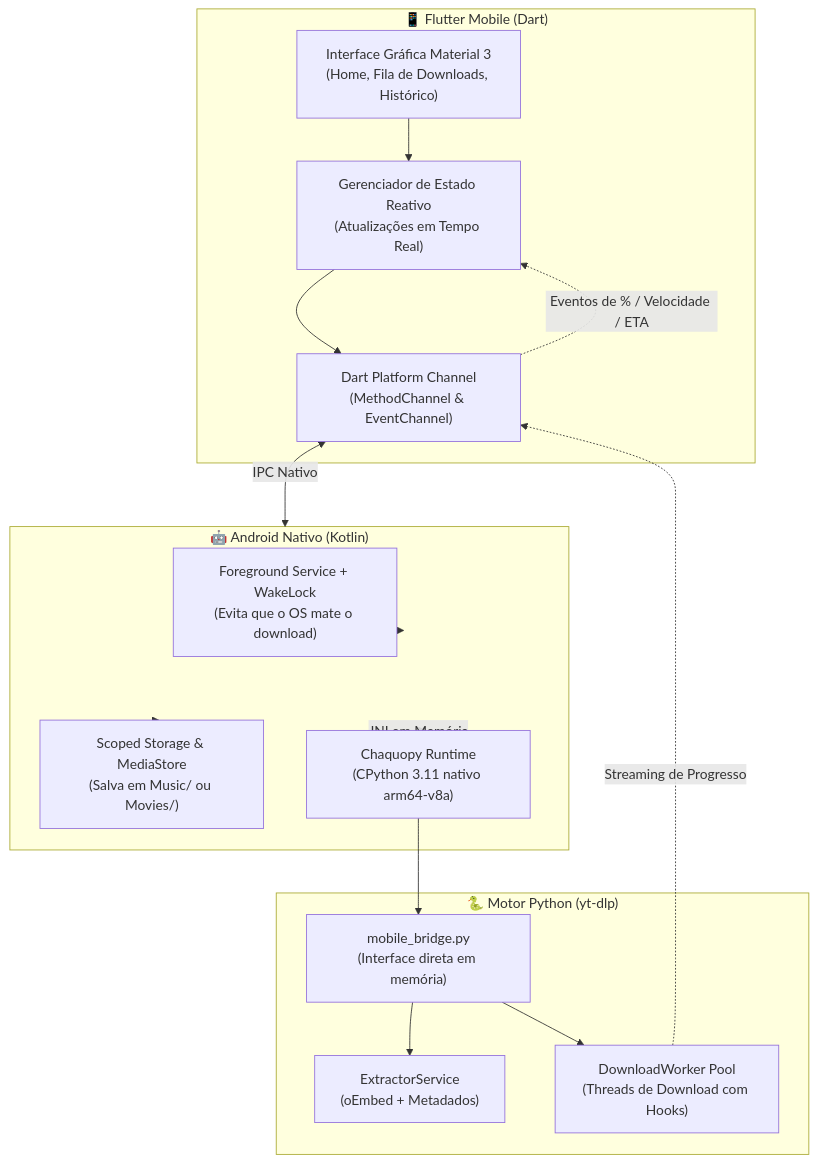
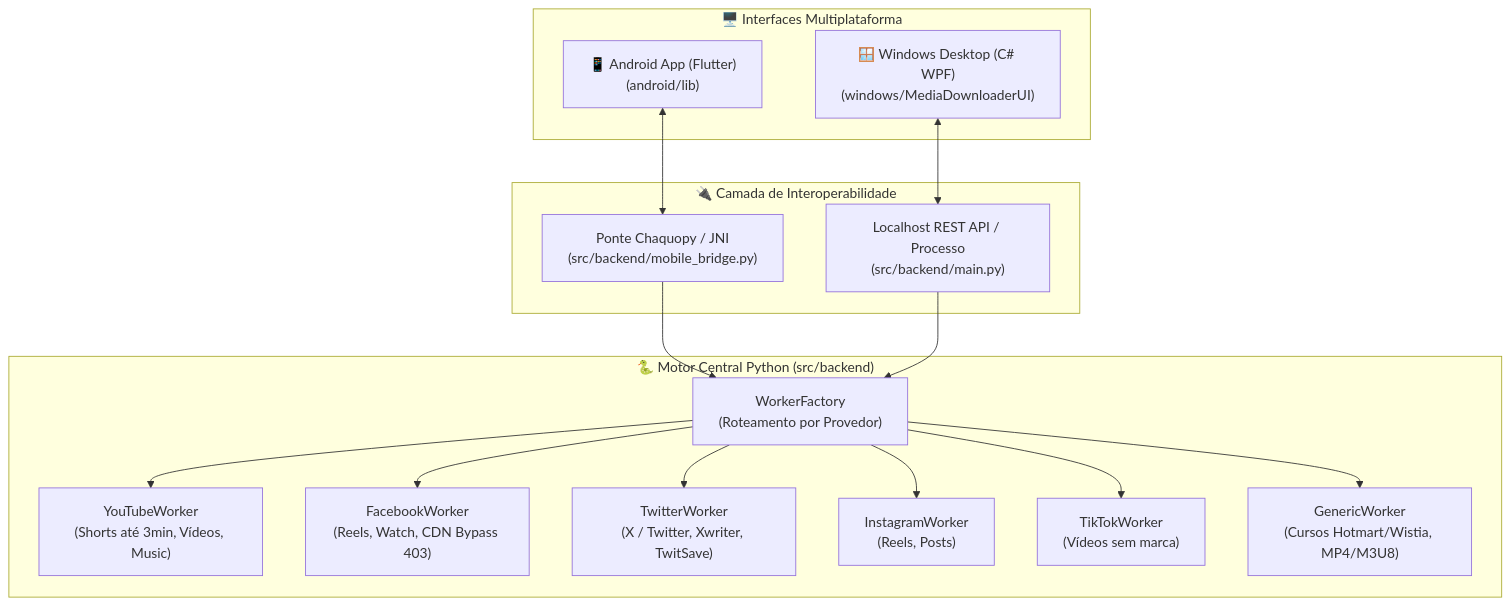
The diagram in README.md (natamaia/media_downloader), drawn with Mermaid before and after one commit. The commit also changed other lines of this file and 72 other files, not shown here.

First line of the commit message:
feat(structure): organiza o projeto em diretorios dedicados para windows e android

````diff
--- a/README.md
+++ b/README.md
@@ -16,32 +25,33 @@
 ```mermaid
 flowchart TD
-    subgraph Mobile_App ["📱 Flutter Mobile (Dart)"]
-        UI["Interface Gráfica Material 3\n(Home, Fila de Downloads, Histórico)"]
-        State["Gerenciador de Estado Reativo\n(Atualizações em Tempo Real)"]
-        BridgeDart["Dart Platform Channel\n(MethodChannel & EventChannel)"]
+    subgraph UI_Platforms ["🖥️ Interfaces Multiplataforma"]
+        AndroidUI["📱 Android App (Flutter)\n(android/lib)"]
+        WindowsUI["🪟 Windows Desktop (C# WPF)\n(windows/MediaDownloaderUI)"]
     end
 
-    subgraph Android_OS ["🤖 Android Nativo (Kotlin)"]
-        FGS["Foreground Service + WakeLock\n(Evita que o OS mate o download)"]
-        MediaStore["Scoped Storage & MediaStore\n(Salva em Music/ ou Movies/)"]
-        Chaquopy["Chaquopy Runtime\n(CPython 3.11 nativo arm64-v8a)"]
+    subgraph Bridges ["🔌 Camada de Interoperabilidade"]
+        ChaquopyBridge["Ponte Chaquopy / JNI\n(src/backend/mobile_bridge.py)"]
+        HttpBridge["Localhost REST API / Processo\n(src/backend/main.py)"]
     end
 
-    subgraph Core_Python ["🐍 Motor Python (yt-dlp)"]
-        PyBridge["mobile_bridge.py\n(Interface direta em memória)"]
-        Extractor["ExtractorService\n(oEmbed + Metadados)"]
-        Worker["DownloadWorker Pool\n(Threads de Download com Hooks)"]
+    subgraph Core_Python ["🐍 Motor Central Python (src/backend)"]
+        Factory["WorkerFactory\n(Roteamento por Provedor)"]
+        YT["YouTubeWorker\n(Shorts até 3min, Vídeos, Music)"]
+        FB["FacebookWorker\n(Reels, Watch, CDN Bypass 403)"]
+        TW["TwitterWorker\n(X / Twitter, Xwriter, TwitSave)"]
+        IG["InstagramWorker\n(Reels, Posts)"]
+        TT["TikTokWorker\n(Vídeos sem marca)"]
+        GN["GenericWorker\n(Cursos Hotmart/Wistia, MP4/M3U8)"]
     end
 
-    UI --> State
-    State --> BridgeDart
-    BridgeDart <-->|IPC Nativo| Android_OS
-    Android_OS --> FGS
-    Android_OS --> MediaStore
-    Android_OS <-->|JNI em Memória| Chaquopy
-    Chaquopy --> PyBridge
-    PyBridge --> Extractor
-    PyBridge --> Worker
-    Worker -.->|Streaming de Progresso| BridgeDart
-    BridgeDart -.->|Eventos de % / Velocidade / ETA| State
+    AndroidUI <--> ChaquopyBridge
+    WindowsUI <--> HttpBridge
+    ChaquopyBridge --> Factory
+    HttpBridge --> Factory
+    Factory --> YT
+    Factory --> FB
+    Factory --> TW
+    Factory --> IG
+    Factory --> TT
+    Factory --> GN
 ```
````
